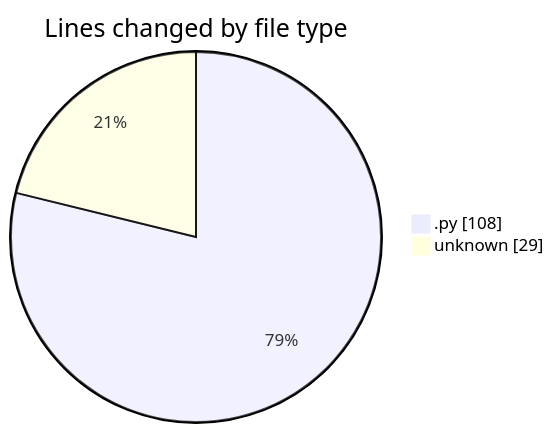
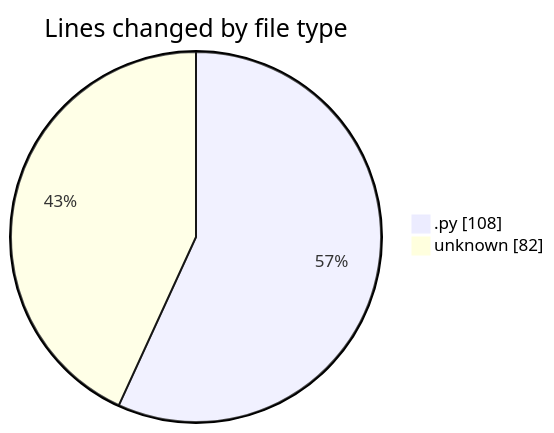
Before and after one commit to julien-gomy/code-tracking: the first of 2 diagrams in 2025-10-16/eventscop-api-guide__workspace_/README.md, drawn with Mermaid. The commit also changed other lines of this file and 1 other file, not shown here.

````diff
--- a/2025-10-16/eventscop-api-guide__workspace_/README.md
+++ b/2025-10-16/eventscop-api-guide__workspace_/README.md
@@ -23,6 +24,6 @@
 ```mermaid
 pie showData
 title Lines changed by file type
 ".py" : 108
-"unknown" : 29
+"unknown" : 82
 ```
````
